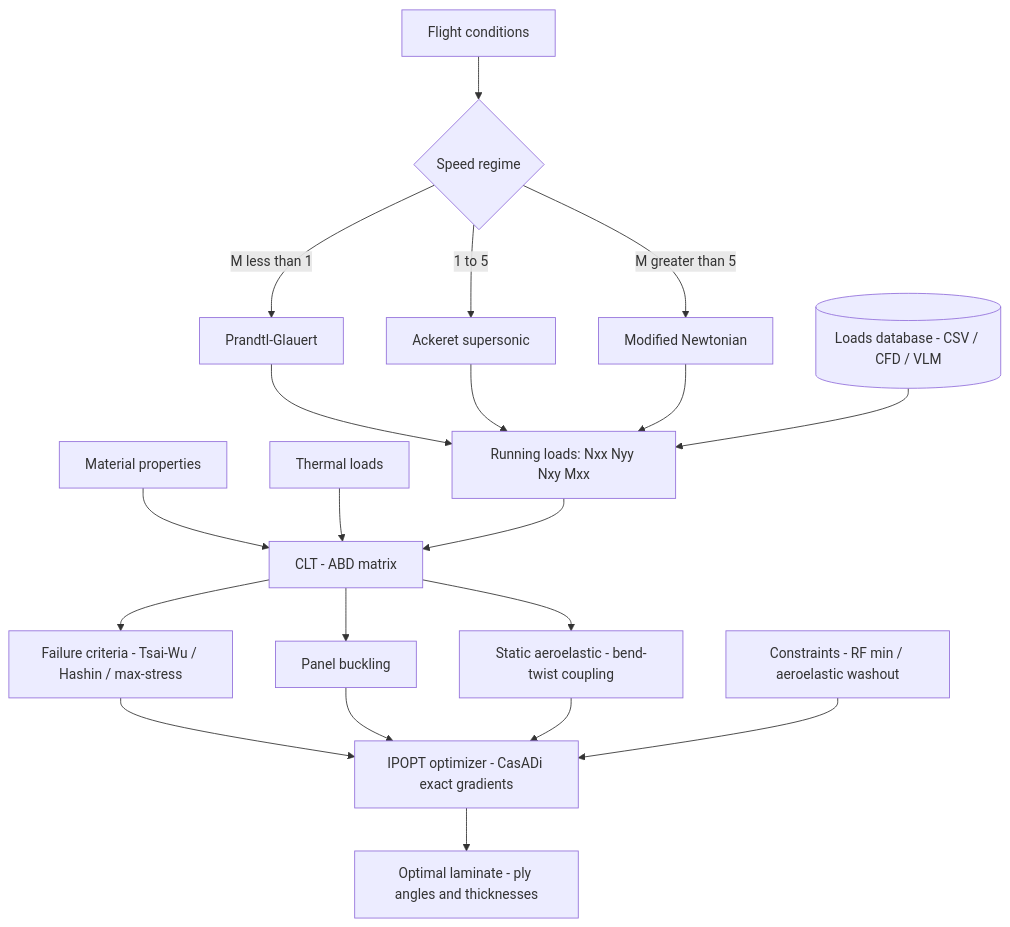
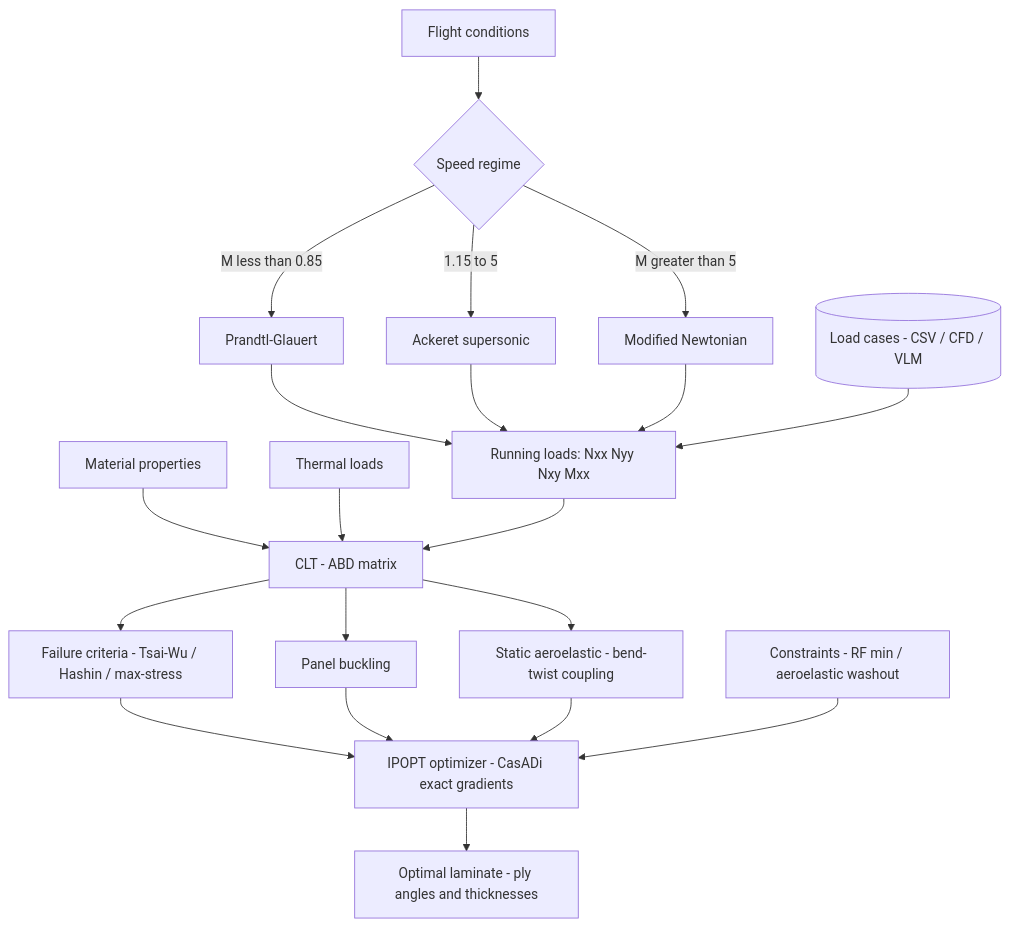
The diagram in README.md (rootAmos/ss_comp_panel), drawn with Mermaid before and after one commit. The commit also changed other lines of this file and 23 other files, not shown here.

````diff
--- a/README.md
+++ b/README.md
@@ -11,26 +12,26 @@
 ```mermaid
 graph TD
     FC[Flight conditions] --> regime{Speed regime}
-    regime -->|M less than 1| PG[Prandtl-Glauert]
-    regime -->|1 to 5| AC[Ackeret supersonic]
+    regime -->|M less than 0.85| PG[Prandtl-Glauert]
+    regime -->|1.15 to 5| AC[Ackeret supersonic]
     regime -->|M greater than 5| MN[Modified Newtonian]
     PG --> RL[Running loads: Nxx Nyy Nxy Mxx]
     AC --> RL
     MN --> RL
-    DB[(Loads database - CSV / CFD / VLM)] --> RL
+    DB[(Load cases - CSV / CFD / VLM)] --> RL
 
     MAT[Material properties] --> CLT[CLT - ABD matrix]
     TH[Thermal loads] --> CLT
     RL --> CLT
 
     CLT --> FA[Failure criteria - Tsai-Wu / Hashin / max-stress]
     CLT --> BK[Panel buckling]
     CLT --> AE[Static aeroelastic - bend-twist coupling]
 
     FA --> OPT[IPOPT optimizer - CasADi exact gradients]
     BK --> OPT
     AE --> OPT
     CON[Constraints - RF min / aeroelastic washout] --> OPT
 
     OPT --> OUT[Optimal laminate - ply angles and thicknesses]
 ```
````
